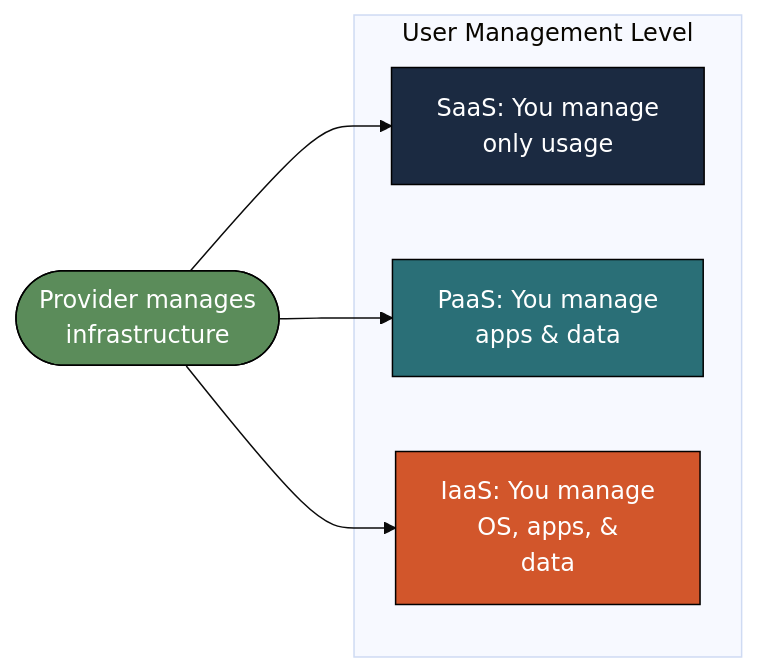
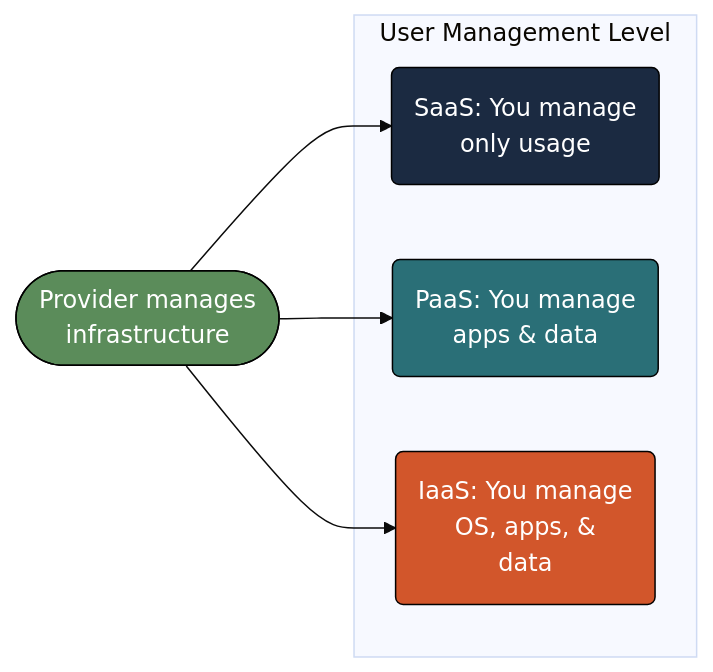
The diagram in lab07.qmd (mjfrigaard/do4ds-labs), drawn with Mermaid before and after one commit. The commit also changed other lines of this file and 69 other files, not shown here.

Commit message:
style review fixes; mermaid look; lab07 model scripts and workflow deps

````diff
--- a/lab07.qmd
+++ b/lab07.qmd
@@ -42,23 +44,23 @@
 ```{mermaid}
 %%| fig-cap: ‘Cloud acronyms’
 %%| fig-width: 7.0
 %%| fig-align: 'center'
-%%{init: {'theme': 'base', 'themeVariables': {'fontFamily': 'monospace'}}}%%
+%%{init: {'theme': 'base', 'look': 'classic', 'themeVariables': {'fontFamily': 'monospace'}}}%%
 
 graph LR
     subgraph "User Management Level"
-        SaaS["SaaS: You manage<br>only usage"]
-        PaaS["PaaS: You manage<br>apps & data"]
-        IaaS["IaaS: You manage<br>OS, apps, &<br>data"]
+        SaaS("SaaS: You manage<br>only usage")
+        PaaS("PaaS: You manage<br>apps & data")
+        IaaS("IaaS: You manage<br>OS, apps, &<br>data")
     end
     
     Provider(["Provider manages<br>infrastructure"]) --> SaaS
     Provider --> PaaS
     Provider --> IaaS
     
     style Provider fill:#5B8C5A,stroke:#000000,stroke-width:1px,color:#ffffff
     style IaaS fill:#D2562B,stroke:#000000,stroke-width:1px,color:#ffffff
     style SaaS fill:#1B2A41,stroke:#000000,stroke-width:1px,color:#ffffff
     style PaaS fill:#2A6F77,stroke:#000000,stroke-width:1px,color:#ffffff
     
 ```
````
